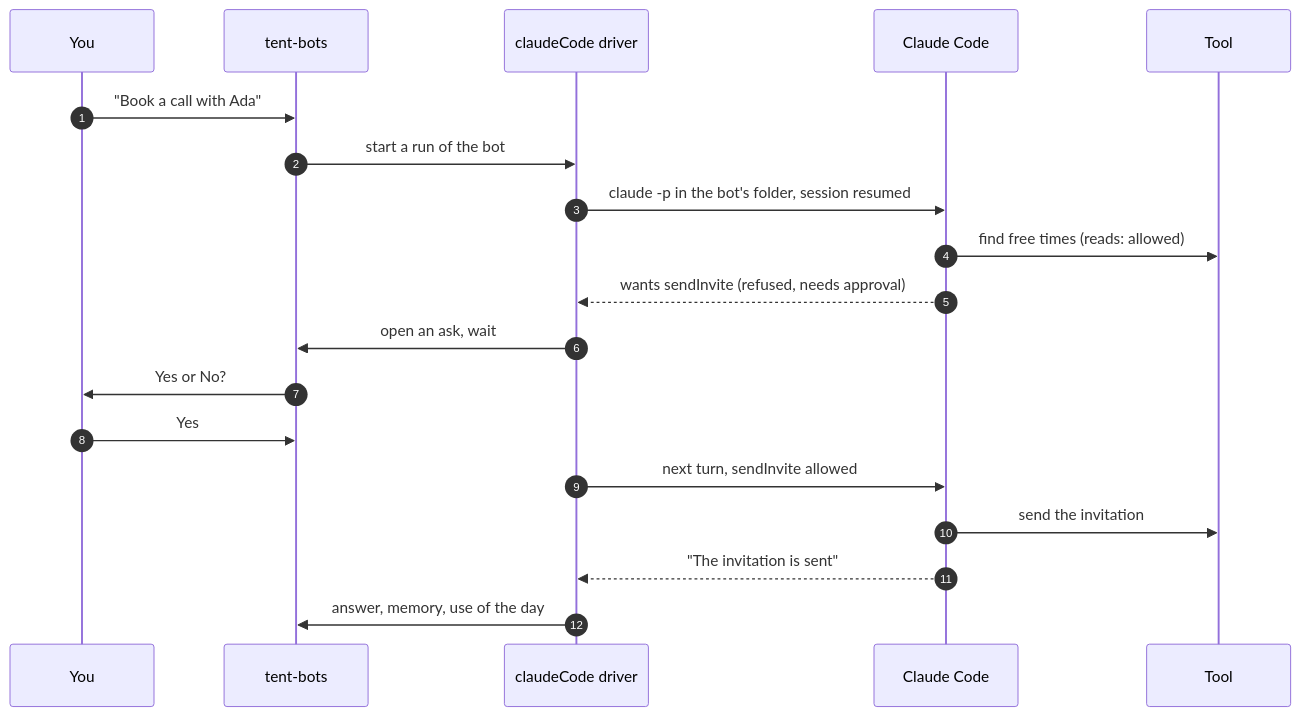
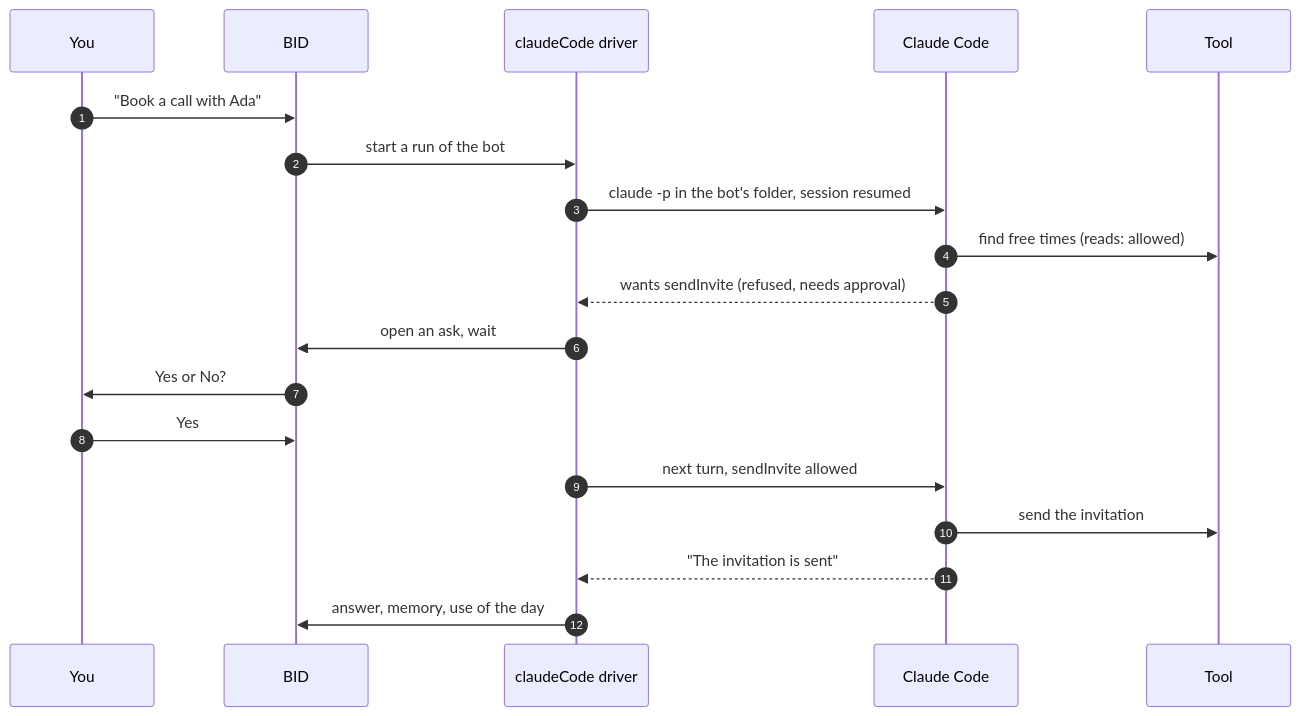
The diagram in README.md (ArynBuilds/BID), drawn with Mermaid before and after one commit. The commit also changed other lines of this file and 11 other files, not shown here.

First line of the commit message:
Rename tent-bots to BID (bots in disguise)

````diff
--- a/README.md
+++ b/README.md
@@ -35,22 +35,22 @@
 ```mermaid
 sequenceDiagram
     autonumber
     participant Y as You
-    participant A as tent-bots
+    participant A as BID
     participant D as claudeCode driver
     participant C as Claude Code
     participant T as Tool
 
     Y->>A: "Book a call with Ada"
     A->>D: start a run of the bot
     D->>C: claude -p in the bot's folder, session resumed
     C->>T: find free times (reads: allowed)
     C-->>D: wants sendInvite (refused, needs approval)
     D->>A: open an ask, wait
     A->>Y: Yes or No?
     Y->>A: Yes
     D->>C: next turn, sendInvite allowed
     C->>T: send the invitation
     C-->>D: "The invitation is sent"
     D->>A: answer, memory, use of the day
 ```
````
